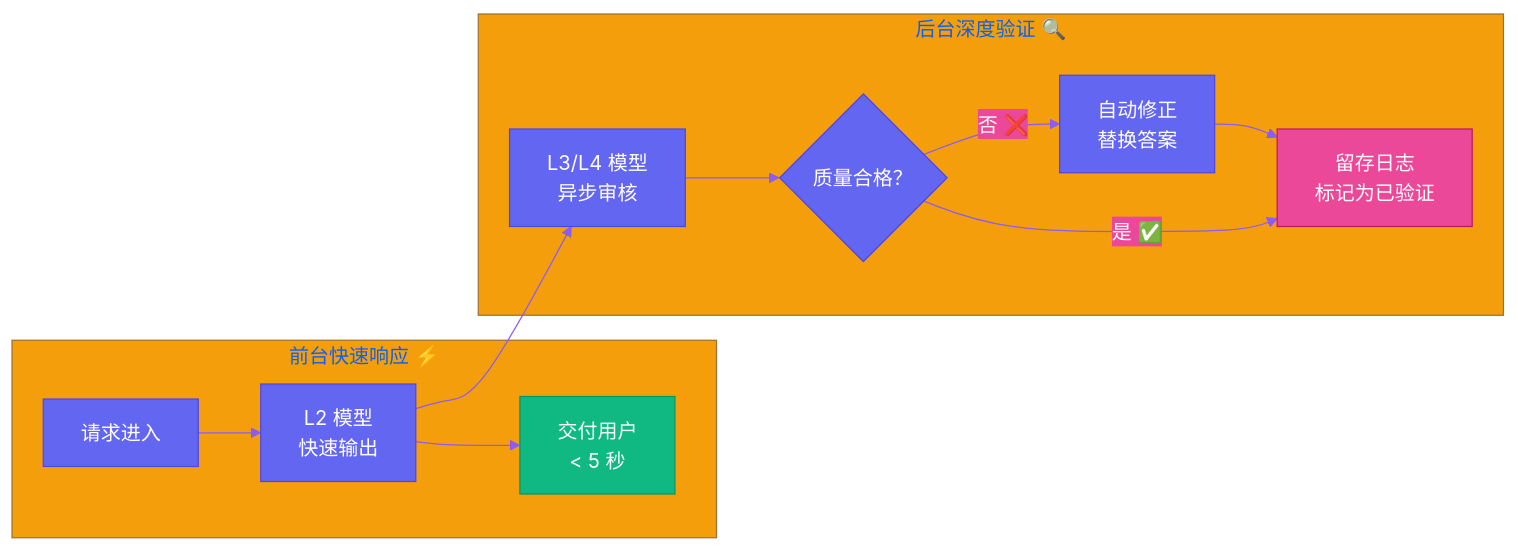
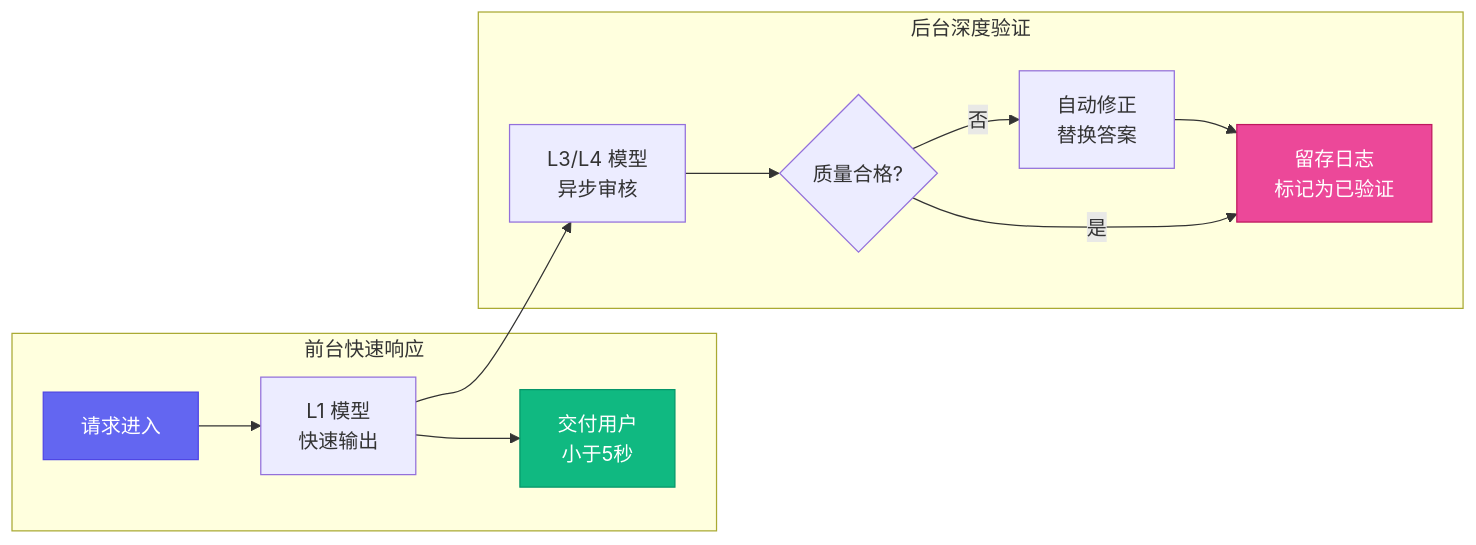
One commit to VokoForge/ai-prism changed the third of 4 diagrams in posts/yason-and-roberts/zh/ch06.md. Above: the diagram before and after it, drawn with Mermaid. The commit also changed other lines of this file and 31 other files, not shown here.

First line of the commit message:
✨ Rewrite all articles: hook titles, Mermaid diagrams, engaging style

````diff
--- a/posts/yason-and-roberts/zh/ch06.md
+++ b/posts/yason-and-roberts/zh/ch06.md
@@ -123,19 +123,18 @@
 ```mermaid
-%%{init: {'theme': 'base', 'themeVariables': {'primaryColor': '#6366f1','primaryTextColor': '#fff','primaryBorderColor': '#4f46e5','lineColor': '#8b5cf6','secondaryColor': '#ec4899','tertiaryColor': '#f59e0b'}}}%%
 flowchart LR
-    subgraph "前台快速响应 ⚡"
-        A["请求进入"] --> B["L2 模型<br>快速输出"] --> C["交付用户<br>< 5 秒"]
+    subgraph "前台快速响应"
+        A["请求进入"] --> B["L1 模型<br>快速输出"] --> C["交付用户<br>小于5秒"]
     end
 
-    subgraph "后台深度验证 🔍"
+    subgraph "后台深度验证"
         B --> D["L3/L4 模型<br>异步审核"]
-        D --> E{"质量合格？"}
-        E -->|"否 ❌"| F["自动修正<br>替换答案"]
+        D --> E{"质量合格?"}
+        E -->|"否"| F["自动修正<br>替换答案"]
         F --> G["留存日志<br>标记为已验证"]
-        E -->|"是 ✅"| G
+        E -->|"是"| G
     end
 
     style A fill:#6366f1,stroke:#4f46e5,color:#fff
     style C fill:#10b981,stroke:#059669,color:#fff
     style G fill:#ec4899,stroke:#be185d,color:#fff
 ```
````
